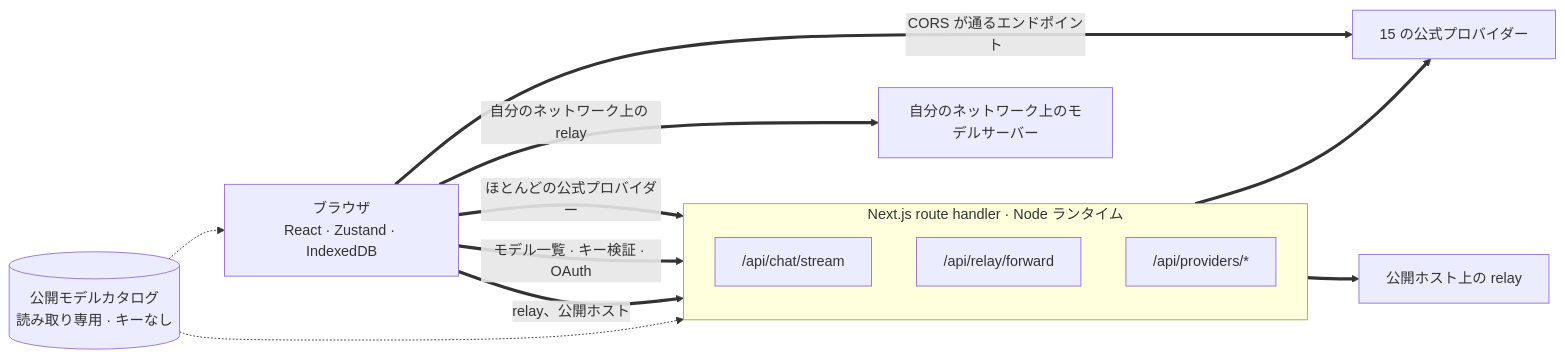
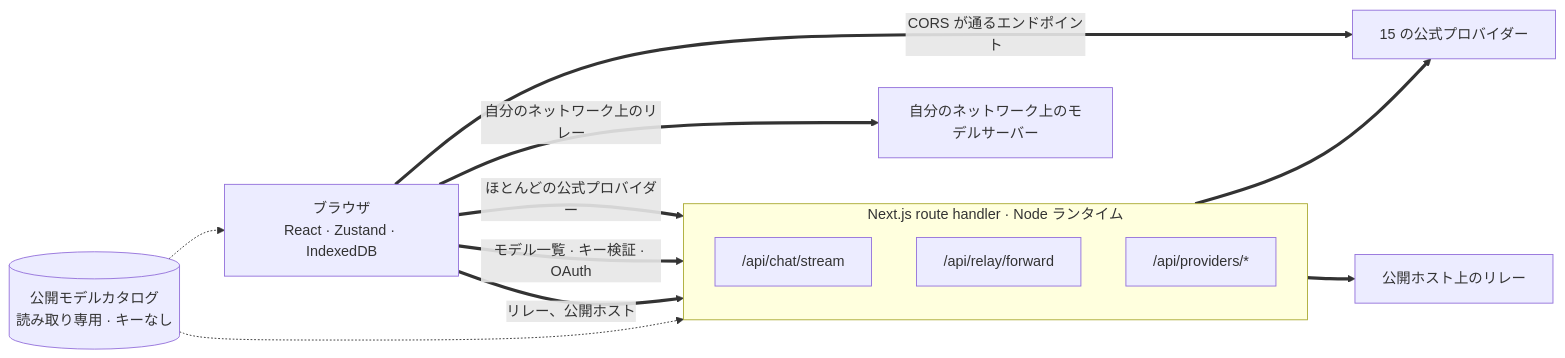
The first of 2 diagrams in readme_i18n/ja/web.md (oriveo/oriveo), drawn with Mermaid before and after one commit. The commit also changed other lines of this file and 89 other files, not shown here.

````diff
--- a/readme_i18n/ja/web.md
+++ b/readme_i18n/ja/web.md
@@ -62,24 +63,24 @@
 ```mermaid
 flowchart LR
     browser["ブラウザ<br/>React · Zustand · IndexedDB"]
 
     subgraph server ["Next.js route handler · Node ランタイム"]
         direction TB
         chat["/api/chat/stream"]
         fwd["/api/relay/forward"]
         prov["/api/providers/*"]
     end
 
     official["15 の公式プロバイダー"]
-    pubrelay["公開ホスト上の relay"]
+    pubrelay["公開ホスト上のリレー"]
     lan["自分のネットワーク上のモデルサーバー"]
     catalog[("公開モデルカタログ<br/>読み取り専用 · キーなし")]
 
     browser ==>|"ほとんどの公式プロバイダー"| chat ==> official
     browser ==>|"モデル一覧 · キー検証 · OAuth"| prov
-    browser ==>|"relay、公開ホスト"| fwd ==> pubrelay
-    browser ==>|"自分のネットワーク上の relay"| lan
+    browser ==>|"リレー、公開ホスト"| fwd ==> pubrelay
+    browser ==>|"自分のネットワーク上のリレー"| lan
     browser ==>|"CORS が通るエンドポイント"| official
     catalog -.-> browser
     catalog -.-> chat
 ```
````
